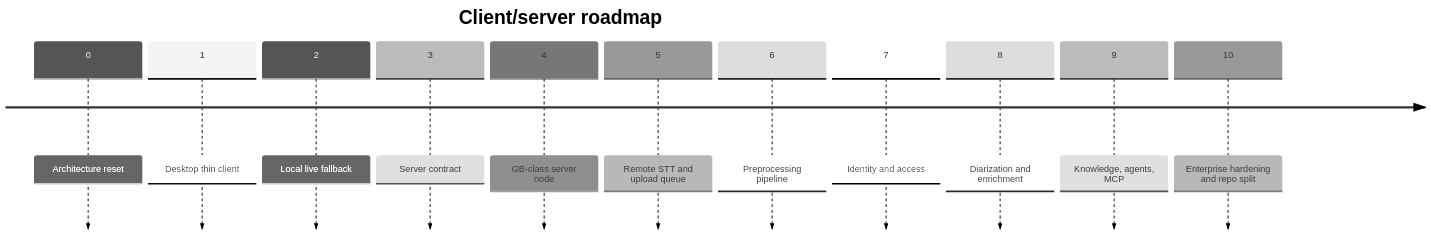
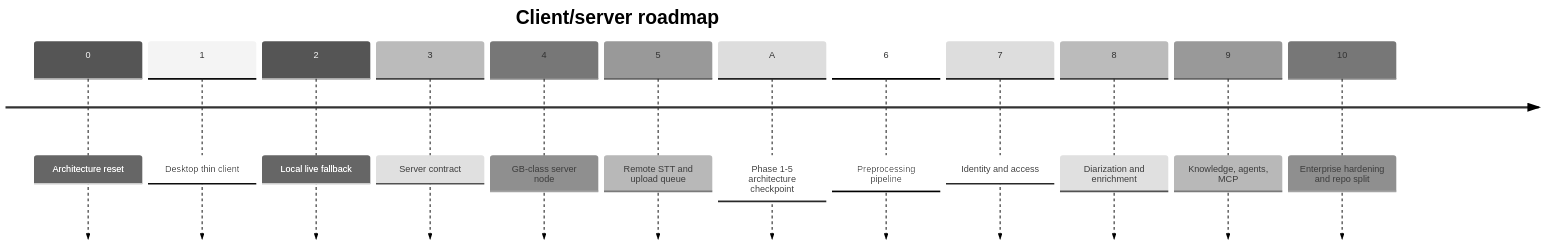
The fourth of 4 diagrams in docs/VOICE-OS-ARCHITECTURE.md (mcnatg1/yap), drawn with Mermaid (neutral theme) before and after one commit. The commit also changed other lines of this file and 65 other files, not shown here.

````diff
--- a/docs/VOICE-OS-ARCHITECTURE.md
+++ b/docs/VOICE-OS-ARCHITECTURE.md
@@ -707,15 +710,16 @@
 ```mermaid
 timeline
     title Client/server roadmap
     0 : Architecture reset
     1 : Desktop thin client
     2 : Local live fallback
     3 : Server contract
     4 : GB-class server node
     5 : Remote STT and upload queue
+    A : Phase 1-5 architecture checkpoint
     6 : Preprocessing pipeline
     7 : Identity and access
     8 : Diarization and enrichment
     9 : Knowledge, agents, MCP
     10 : Enterprise hardening and repo split
 ```
````
